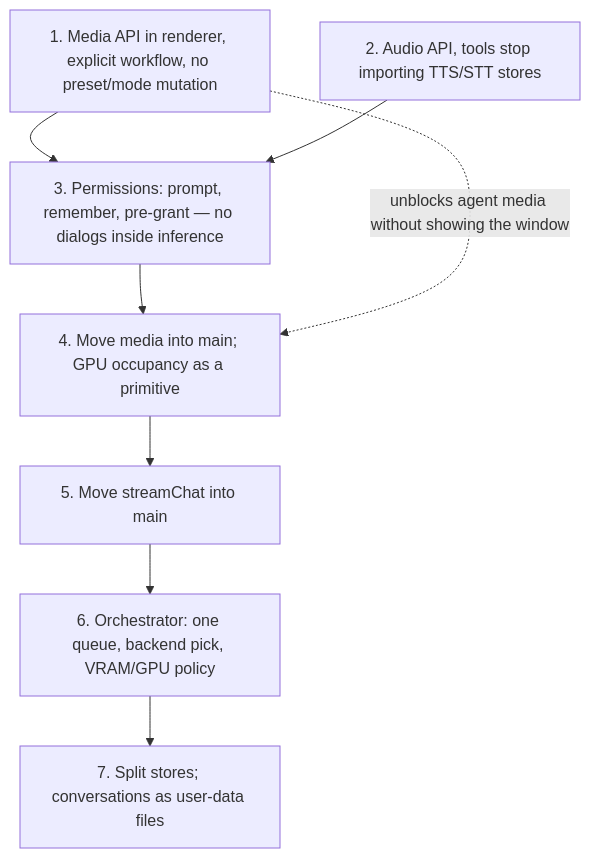
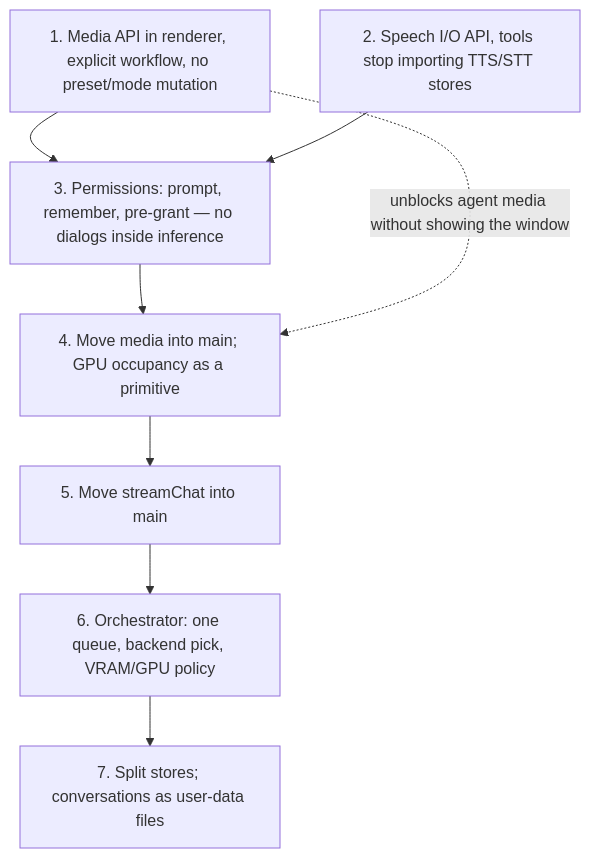
One commit to TNG/AI-Playground changed the sixth of 6 diagrams in docs/architecture-target.md. Above: the diagram before and after it, drawn with Mermaid. The commit also changed other lines of this file and 1 other file, not shown here.

First line of the commit message:
docs: split speech I/O from generate — folders follow role, not MIME type

````diff
--- a/docs/architecture-target.md
+++ b/docs/architecture-target.md
@@ -521,18 +559,18 @@
 ```mermaid
 flowchart TD
   s1["1. Media API in renderer, explicit workflow, no preset/mode mutation"]
-  s2["2. Audio API, tools stop importing TTS/STT stores"]
+  s2["2. Speech I/O API, tools stop importing TTS/STT stores"]
   s3["3. Permissions: prompt, remember, pre-grant — no dialogs inside inference"]
   s4["4. Move media into main; GPU occupancy as a primitive"]
   s5["5. Move streamChat into main"]
   s6["6. Orchestrator: one queue, backend pick, VRAM/GPU policy"]
   s7["7. Split stores; conversations as user-data files"]
 
   s1 --> s3
   s2 --> s3
   s3 --> s4
   s4 --> s5
   s5 --> s6
   s6 --> s7
   s1 -.->|"unblocks agent media without showing the window"| s4
 ```
````
